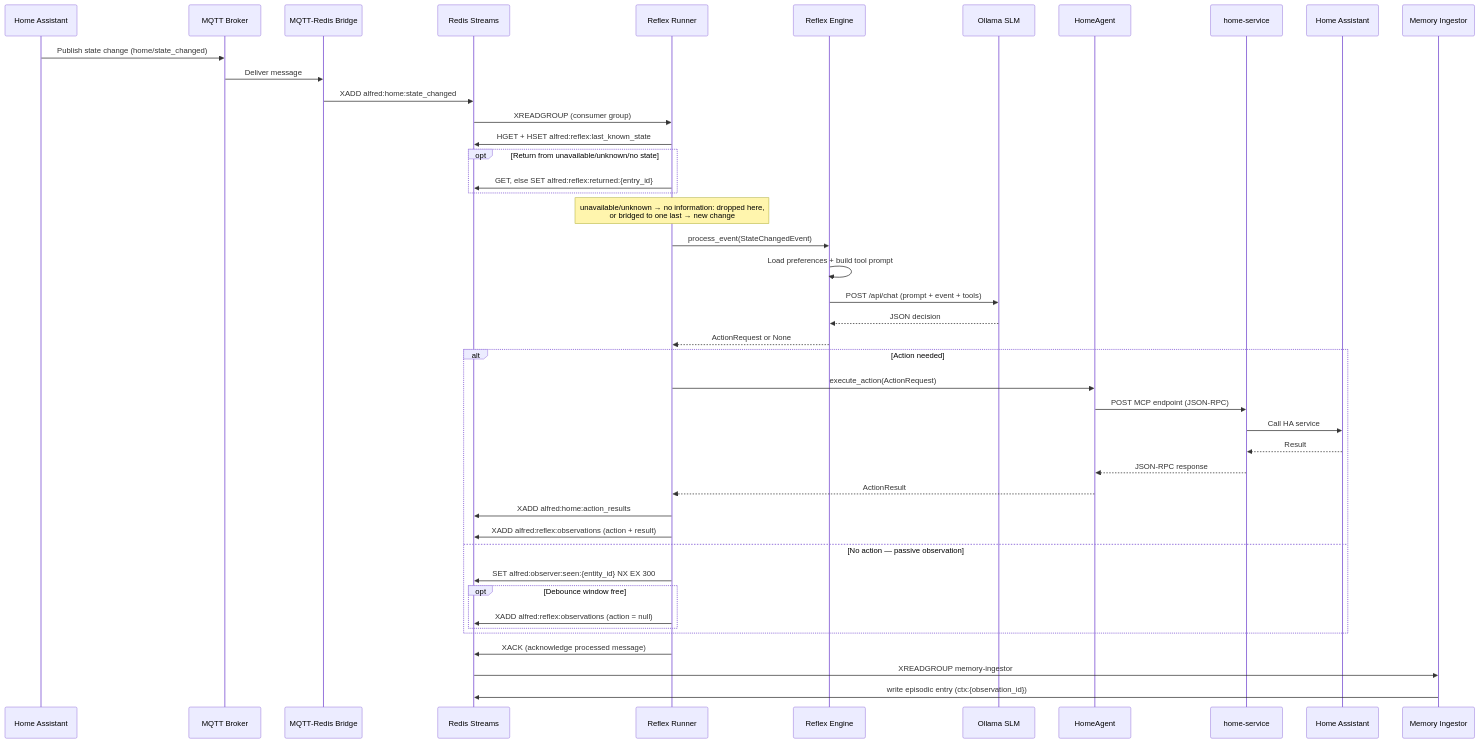
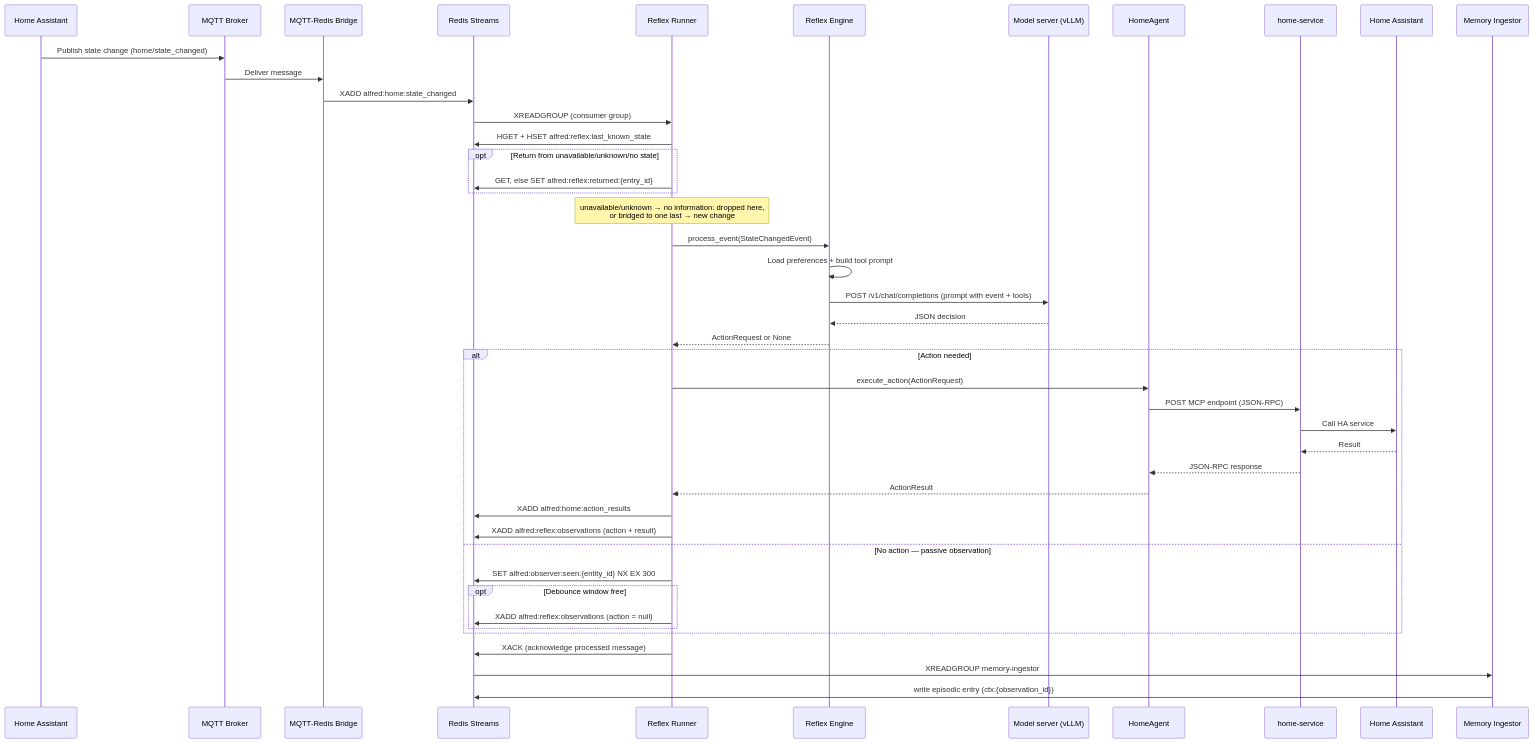
Before and after one commit to anirudhlath/alfred: the second of 5 diagrams in docs/architecture.md, drawn with Mermaid. The commit also changed other lines of this file and 82 other files, not shown here.

````diff
--- a/docs/architecture.md
+++ b/docs/architecture.md
@@ -70,47 +70,47 @@
 ```mermaid
 sequenceDiagram
     participant HA as Home Assistant
     participant MQTT as MQTT Broker
     participant Bridge as MQTT-Redis Bridge
     participant Redis as Redis Streams
     participant Runner as Reflex Runner
     participant Engine as Reflex Engine
-    participant Ollama as Ollama SLM
+    participant LLM as Model server (vLLM)
     participant Agent as HomeAgent
     participant Svc as home-service
     participant HA2 as Home Assistant
     participant Ing as Memory Ingestor
 
     HA->>MQTT: Publish state change (home/state_changed)
     MQTT->>Bridge: Deliver message
     Bridge->>Redis: XADD alfred:home:state_changed
     Redis->>Runner: XREADGROUP (consumer group)
     Runner->>Redis: HGET + HSET alfred:reflex:last_known_state
     opt Return from unavailable/unknown/no state
         Runner->>Redis: GET, else SET alfred:reflex:returned:{entry_id}
     end
     Note over Runner: unavailable/unknown → no information: dropped here,<br/>or bridged to one last → new change
     Runner->>Engine: process_event(StateChangedEvent)
     Engine->>Engine: Load preferences + build tool prompt
-    Engine->>Ollama: POST /api/chat (prompt + event + tools)
-    Ollama-->>Engine: JSON decision
+    Engine->>LLM: POST /v1/chat/completions (prompt with event + tools)
+    LLM-->>Engine: JSON decision
     Engine-->>Runner: ActionRequest or None
     alt Action needed
         Runner->>Agent: execute_action(ActionRequest)
         Agent->>Svc: POST MCP endpoint (JSON-RPC)
         Svc->>HA2: Call HA service
         HA2-->>Svc: Result
         Svc-->>Agent: JSON-RPC response
         Agent-->>Runner: ActionResult
         Runner->>Redis: XADD alfred:home:action_results
         Runner->>Redis: XADD alfred:reflex:observations (action + result)
     else No action — passive observation
         Runner->>Redis: SET alfred:observer:seen:{entity_id} NX EX 300
         opt Debounce window free
             Runner->>Redis: XADD alfred:reflex:observations (action = null)
         end
     end
     Runner->>Redis: XACK (acknowledge processed message)
     Redis->>Ing: XREADGROUP memory-ingestor
     Ing->>Redis: write episodic entry (ctx:{observation_id})
 ```
````
